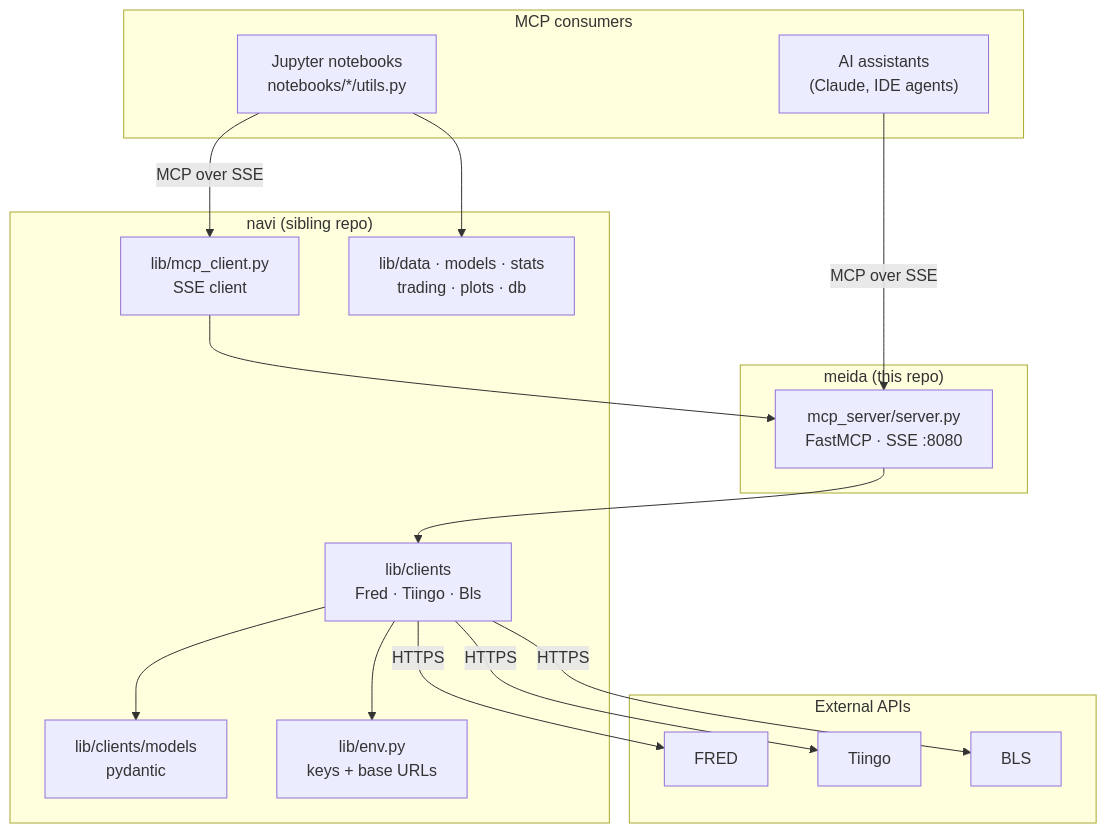
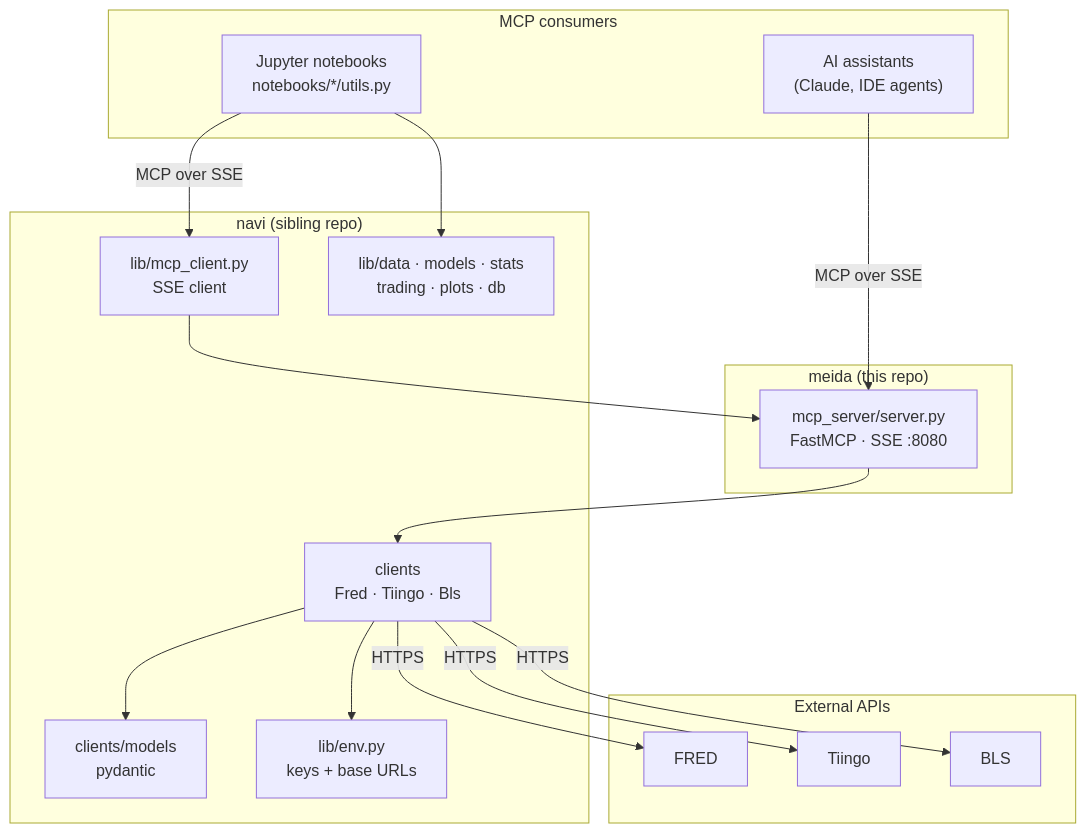
One commit to glyfish/sefer changed the first of 3 diagrams in meida/architecture.md. Above: the diagram before and after it, drawn with Mermaid. The commit also changed other lines of this file and 11 other files, not shown here.

````diff
--- a/meida/architecture.md
+++ b/meida/architecture.md
@@ -14,33 +14,33 @@
 ```mermaid
 graph TB
     subgraph consumers["MCP consumers"]
         AI["AI assistants<br/>(Claude, IDE agents)"]
         NB["Jupyter notebooks<br/>notebooks/*/utils.py"]
     end
 
     subgraph meida["meida (this repo)"]
         SRV["mcp_server/server.py<br/>FastMCP · SSE :8080"]
     end
 
     subgraph navi["navi (sibling repo)"]
-        CL["lib/clients<br/>Fred · Tiingo · Bls"]
-        MOD["lib/clients/models<br/>pydantic"]
+        CL["clients<br/>Fred · Tiingo · Bls"]
+        MOD["clients/models<br/>pydantic"]
         ENV["lib/env.py<br/>keys + base URLs"]
         MCPC["lib/mcp_client.py<br/>SSE client"]
         ANA["lib/data · models · stats<br/>trading · plots · db"]
     end
 
     subgraph ext["External APIs"]
         FRED["FRED"]
         TIINGO["Tiingo"]
         BLS["BLS"]
     end
 
     AI -->|MCP over SSE| SRV
     NB -->|MCP over SSE| MCPC --> SRV
     SRV --> CL
     CL --> MOD
     CL --> ENV
     CL -->|HTTPS| FRED & TIINGO & BLS
     NB --> ANA
 ```
````
